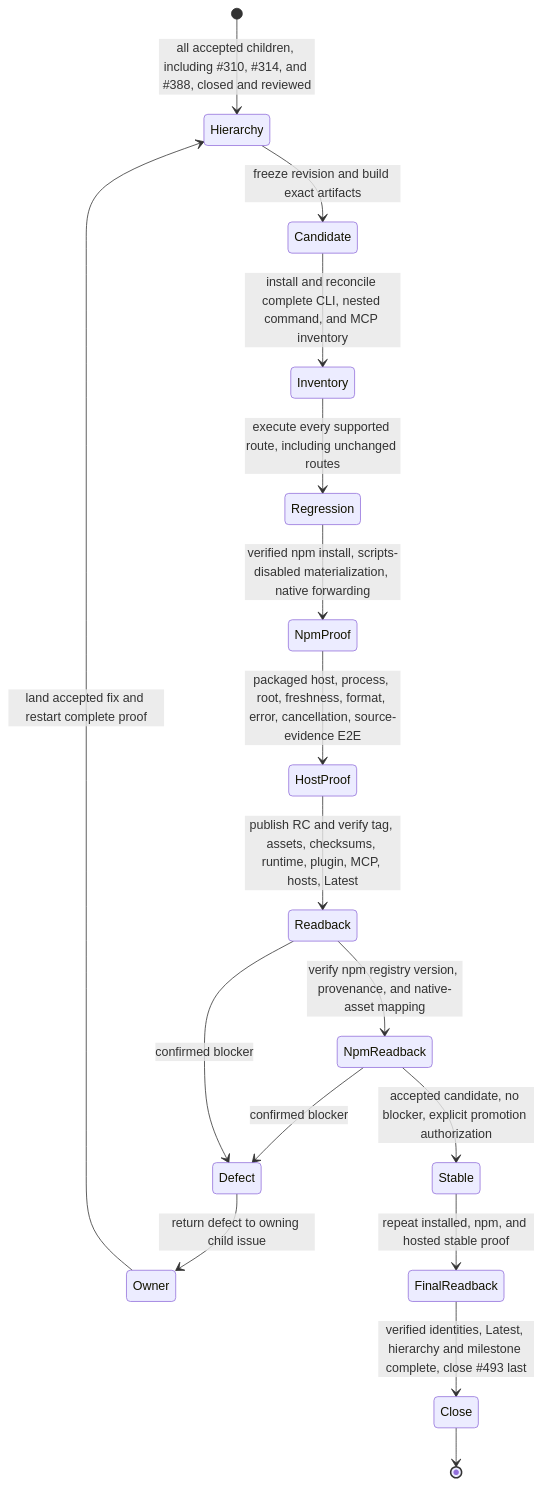
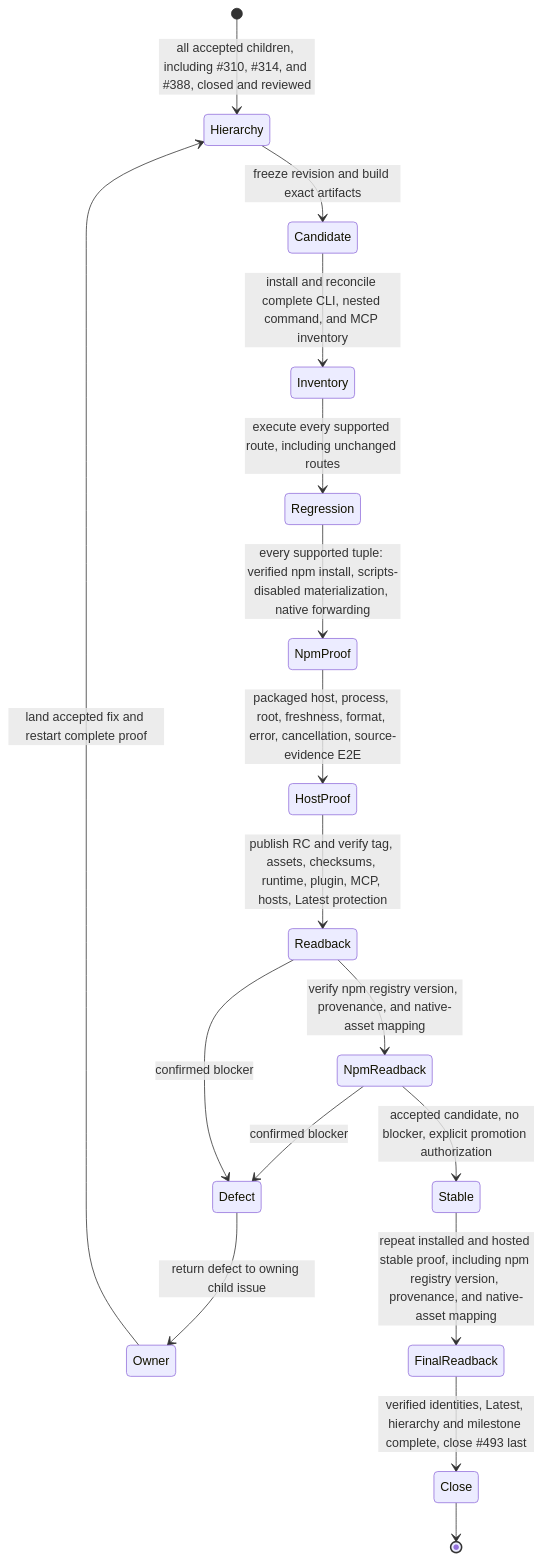
Before and after one commit to styler-ai/ProjectAtlas: the seventh of 7 diagrams in docs/v060-agent-surface-architecture.md, drawn with Mermaid. The commit also changed 4 other files, not shown here.

Commit message:
docs(release): align npm platform and hosted acceptance (#493)

````diff
--- a/docs/v060-agent-surface-architecture.md
+++ b/docs/v060-agent-surface-architecture.md
@@ -141,19 +141,19 @@
 ```mermaid
 stateDiagram-v2
     [*] --> Hierarchy: all accepted children, including #310, #314, and #388, closed and reviewed
     Hierarchy --> Candidate: freeze revision and build exact artifacts
     Candidate --> Inventory: install and reconcile complete CLI, nested command, and MCP inventory
     Inventory --> Regression: execute every supported route, including unchanged routes
-    Regression --> NpmProof: verified npm install, scripts-disabled materialization, native forwarding
+    Regression --> NpmProof: every supported tuple: verified npm install, scripts-disabled materialization, native forwarding
     NpmProof --> HostProof: packaged host, process, root, freshness, format, error, cancellation, source-evidence E2E
-    HostProof --> Readback: publish RC and verify tag, assets, checksums, runtime, plugin, MCP, hosts, Latest
+    HostProof --> Readback: publish RC and verify tag, assets, checksums, runtime, plugin, MCP, hosts, Latest protection
     Readback --> NpmReadback: verify npm registry version, provenance, and native-asset mapping
     NpmReadback --> Defect: confirmed blocker
     Readback --> Defect: confirmed blocker
     Defect --> Owner: return defect to owning child issue
     Owner --> Hierarchy: land accepted fix and restart complete proof
     NpmReadback --> Stable: accepted candidate, no blocker, explicit promotion authorization
-    Stable --> FinalReadback: repeat installed, npm, and hosted stable proof
+    Stable --> FinalReadback: repeat installed and hosted stable proof, including npm registry version, provenance, and native-asset mapping
     FinalReadback --> Close: verified identities, Latest, hierarchy and milestone complete, close #493 last
     Close --> [*]
 ```
````
